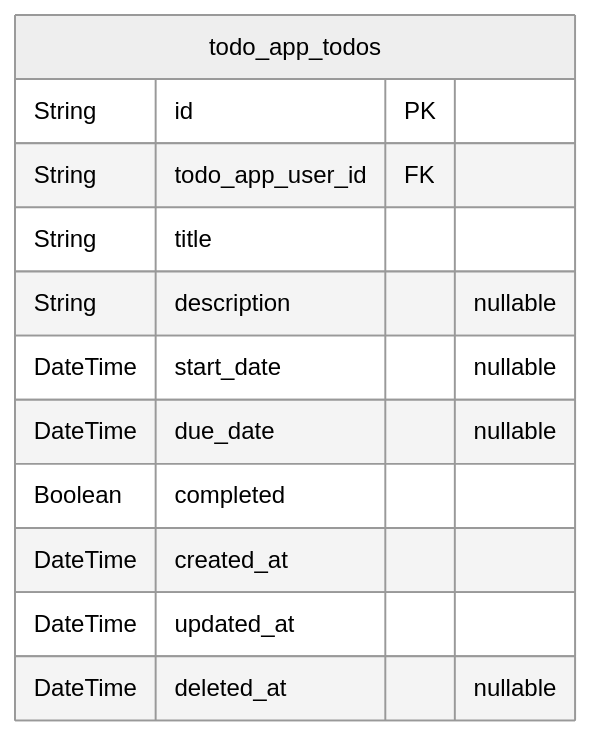
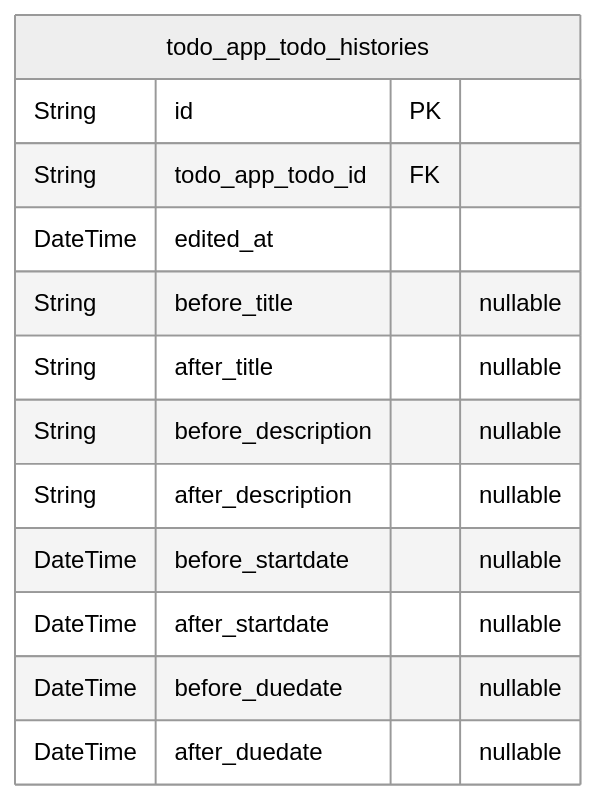
One commit to wrtnlabs/autobe-examples changed the fourth of 4 diagrams in qwen/qwen3-next-80b-a3b-instruct/todo/docs/ERD.md. Above: the diagram before and after it, drawn with Mermaid (neutral theme). The commit also changed other lines of this file and 25939 other files, not shown here.

````diff
--- a/qwen/qwen3-next-80b-a3b-instruct/todo/docs/ERD.md
+++ b/qwen/qwen3-next-80b-a3b-instruct/todo/docs/ERD.md
@@ -271,15 +241,16 @@
 ```mermaid
 erDiagram
-"todo_app_todos" {
+"todo_app_todo_histories" {
   String id PK
-  String todo_app_user_id FK
-  String title
-  String description "nullable"
-  DateTime start_date "nullable"
-  DateTime due_date "nullable"
-  Boolean completed
-  DateTime created_at
-  DateTime updated_at
-  DateTime deleted_at "nullable"
+  String todo_app_todo_id FK
+  DateTime edited_at
+  String before_title "nullable"
+  String after_title "nullable"
+  String before_description "nullable"
+  String after_description "nullable"
+  DateTime before_startdate "nullable"
+  DateTime after_startdate "nullable"
+  DateTime before_duedate "nullable"
+  DateTime after_duedate "nullable"
 }
 ```
````
